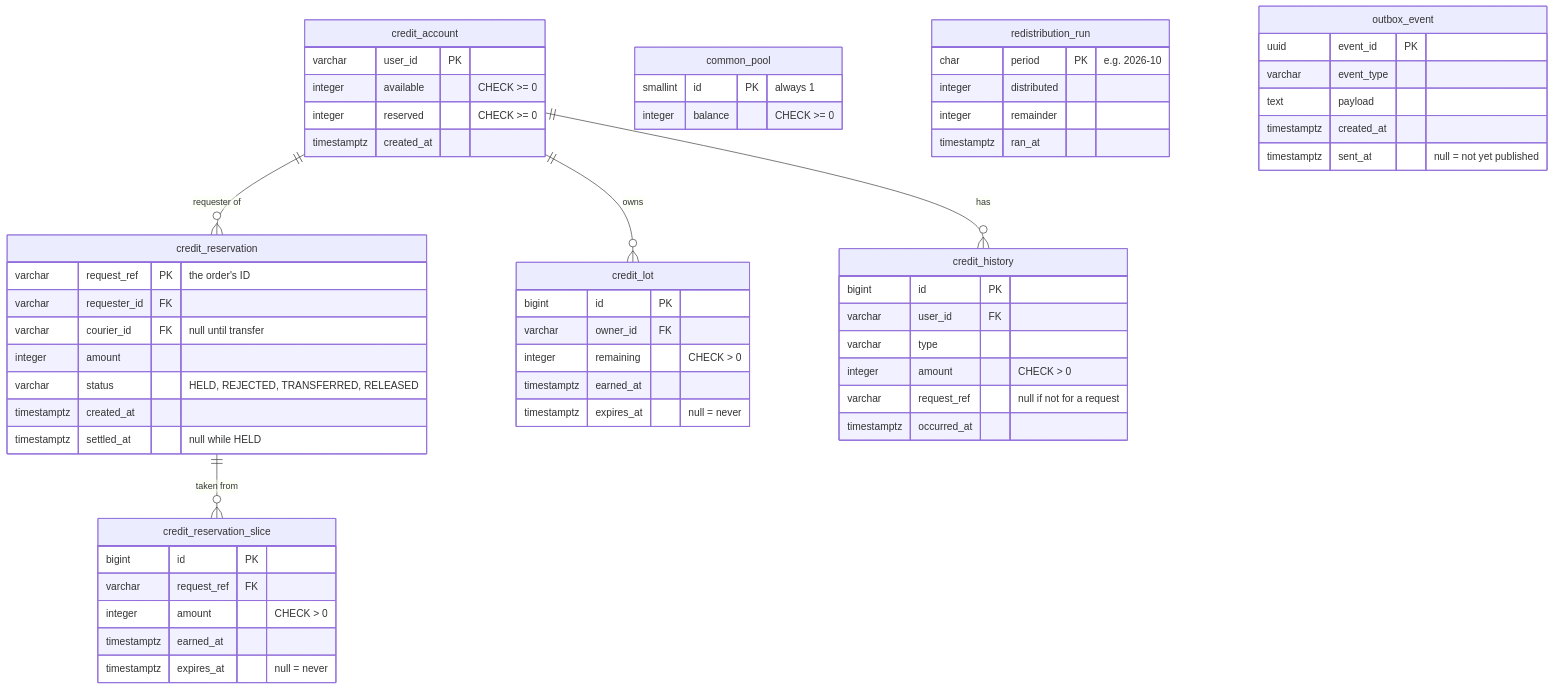
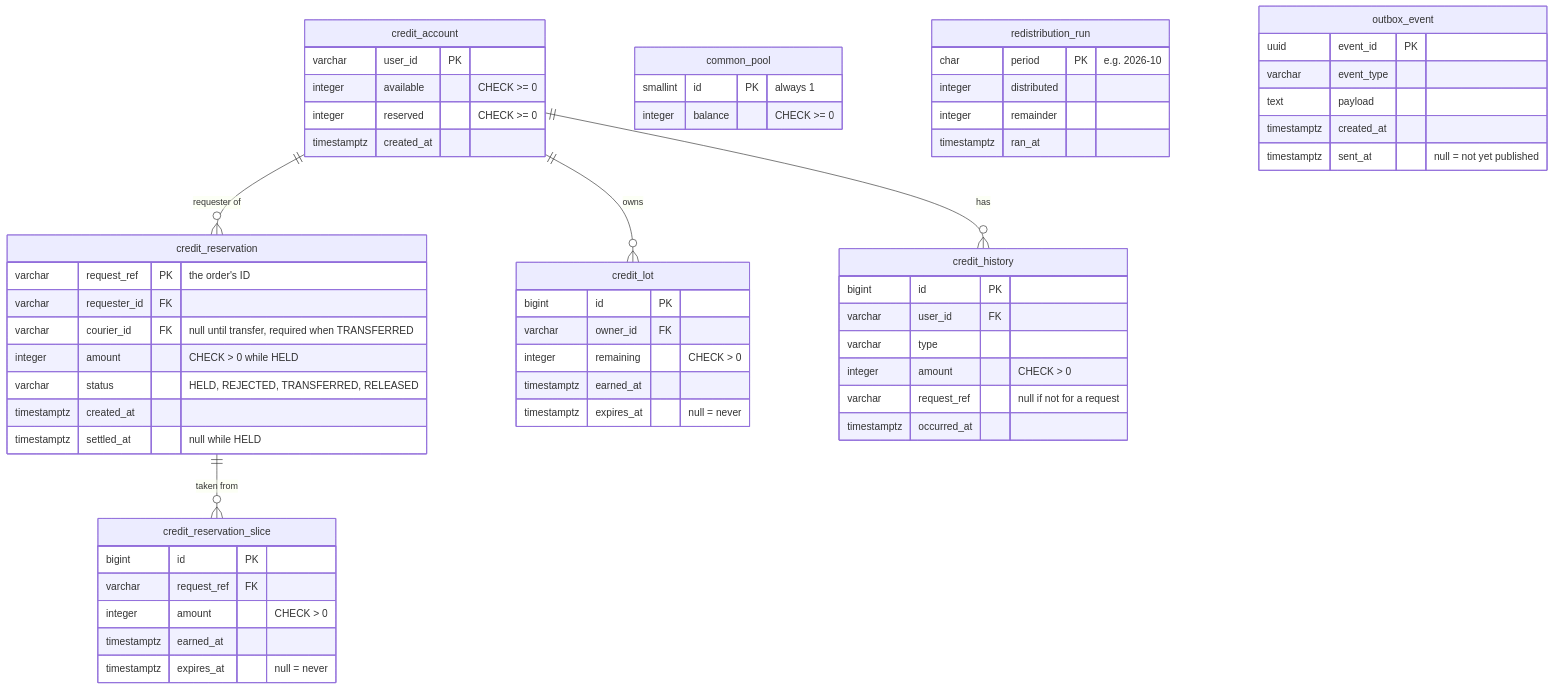
One commit to AY2627S1-CS3219-P23/foc changed the diagram in docs/credit-service.md. Above: the diagram before and after it, drawn with Mermaid. The commit also changed other lines of this file and 10 other files, not shown here.

````diff
--- a/docs/credit-service.md
+++ b/docs/credit-service.md
@@ -95,62 +95,62 @@
 ```mermaid
 erDiagram
     credit_account ||--o{ credit_reservation : "requester of"
     credit_account ||--o{ credit_lot : owns
     credit_account ||--o{ credit_history : "has"
     credit_reservation ||--o{ credit_reservation_slice : "taken from"
  
     credit_account {
         varchar user_id PK
         integer available "CHECK >= 0"
         integer reserved "CHECK >= 0"
         timestamptz created_at
     }
     credit_reservation {
         varchar request_ref PK "the order's ID"
         varchar requester_id FK
-        varchar courier_id FK "null until transfer"
-        integer amount
+        varchar courier_id FK "null until transfer, required when TRANSFERRED"
+        integer amount "CHECK > 0 while HELD"
         varchar status "HELD, REJECTED, TRANSFERRED, RELEASED"
         timestamptz created_at
         timestamptz settled_at "null while HELD"
     }
     credit_reservation_slice {
         bigint id PK
         varchar request_ref FK
         integer amount "CHECK > 0"
         timestamptz earned_at
         timestamptz expires_at "null = never"
     }
     credit_lot {
         bigint id PK
         varchar owner_id FK
         integer remaining "CHECK > 0"
         timestamptz earned_at
         timestamptz expires_at "null = never"
     }
     credit_history {
         bigint id PK
         varchar user_id FK
         varchar type
         integer amount "CHECK > 0"
         varchar request_ref "null if not for a request"
         timestamptz occurred_at
     }
     common_pool {
         smallint id PK "always 1"
         integer balance "CHECK >= 0"
     }
     redistribution_run {
         char period PK "e.g. 2026-10"
         integer distributed
         integer remainder
         timestamptz ran_at
     }
     outbox_event {
         uuid event_id PK
         varchar event_type
         text payload
         timestamptz created_at
         timestamptz sent_at "null = not yet published"
     }
 ```
````
